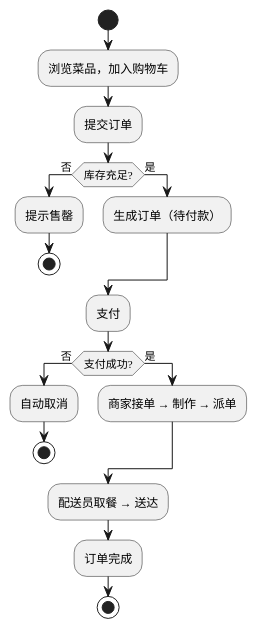
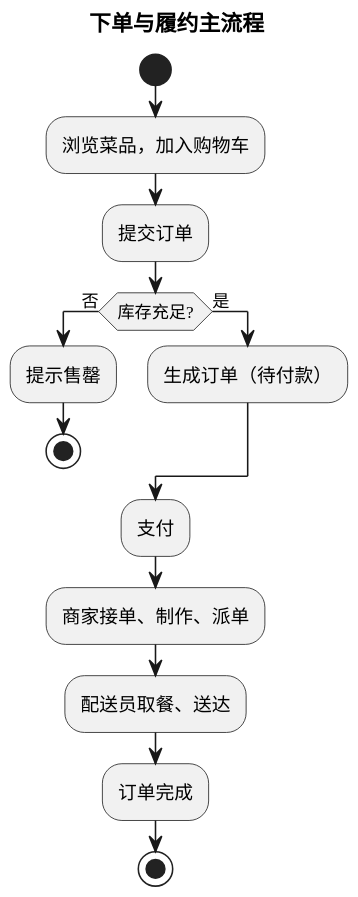
The diagram in UML/UML活动图.puml (shenningxin-lab/software-engineering-lab), drawn with PlantUML before and after one commit. The commit also changed 23 other files, not shown here.

Commit message:
实验二：保存人工修改后的 UML 与 UI 设计

```diff
--- a/UML/UML活动图.puml
+++ b/UML/UML活动图.puml
@@ -1,22 +1,20 @@
 @startuml
 skinparam defaultFontName "Microsoft YaHei"
+skinparam shadowing false
+skinparam dpi 150
+title 下单与履约主流程
 start
 :浏览菜品，加入购物车;
 :提交订单;
 if (库存充足?) then (否)
   :提示售罄;
   stop
 else (是)
   :生成订单（待付款）;
 endif
 :支付;
-if (支付成功?) then (否)
-  :自动取消;
-  stop
-else (是)
-  :商家接单 → 制作 → 派单;
-endif
-:配送员取餐 → 送达;
+:商家接单、制作、派单;
+:配送员取餐、送达;
 :订单完成;
 stop
 @enduml
```
